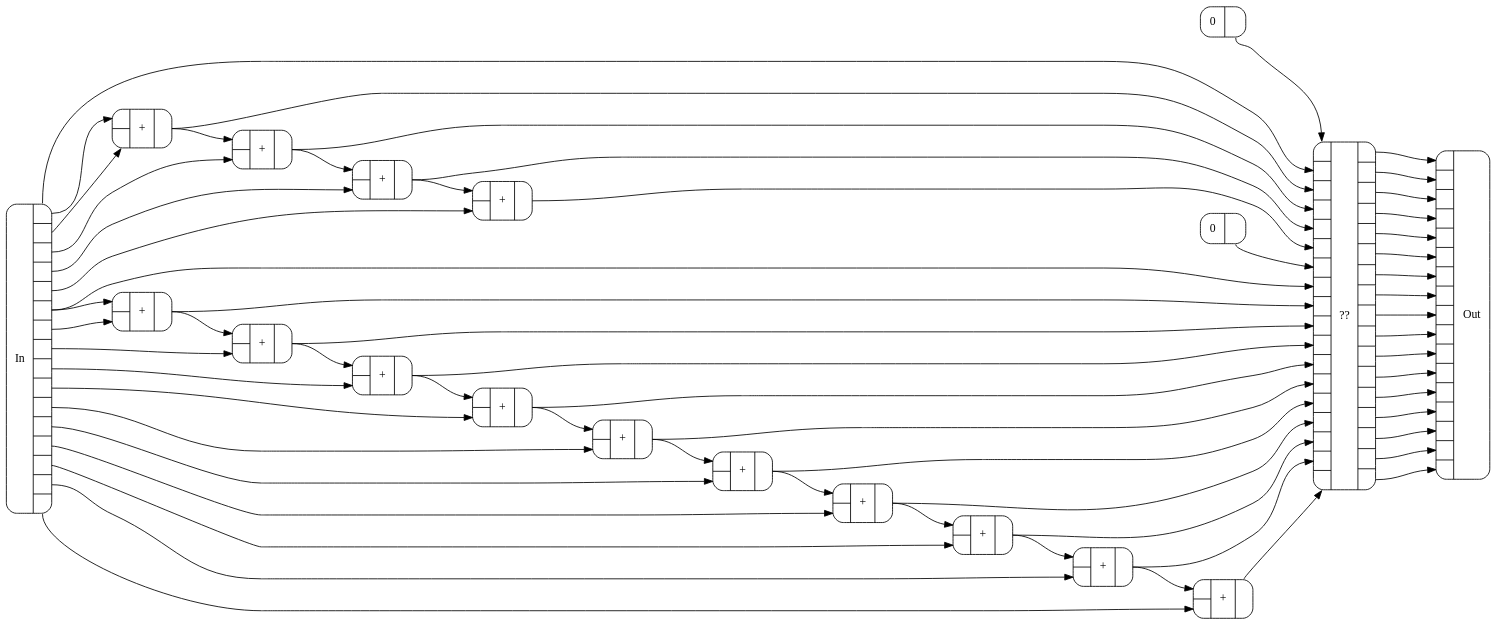
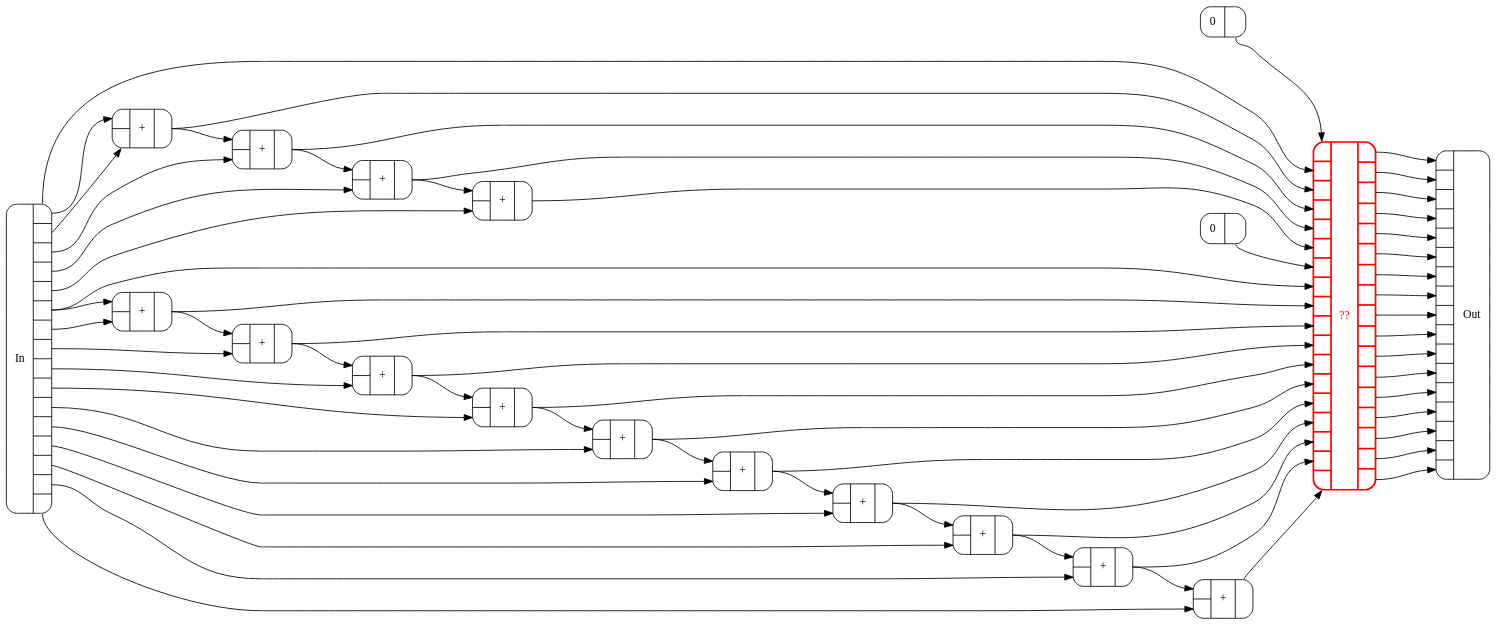
Before and after one commit to conal/talk-2016-generic-parallel-scan: the diagram in Figures/circuits/lsums-lv5-lv11-unknown-no-hash.dot, drawn with Graphviz. The commit also changed 13 other files, not shown here.

```diff
--- a/Figures/circuits/lsums-lv5-lv11-unknown-no-hash.dot
+++ b/Figures/circuits/lsums-lv5-lv11-unknown-no-hash.dot
@@ -1,92 +1,92 @@
 digraph lsums_lv5_lv11_unknown_no_hash {
   margin=0;
   rankdir=LR;
   node [shape=Mrecord];
   bgcolor=transparent;
   nslimit=20;
   ranksep="1.0";
   c0 [label="{{<In0>|<In1>|<In2>|<In3>|<In4>|<In5>|<In6>|<In7>|<In8>|<In9>|<In10>|<In11>|<In12>|<In13>|<In14>|<In15>|<In16>}|Out}"];
-  c1 [label="{{<In0>|<In1>|<In2>|<In3>|<In4>|<In5>|<In6>|<In7>|<In8>|<In9>|<In10>|<In11>|<In12>|<In13>|<In14>|<In15>|<In16>|<In17>}|??|{<Out0>|<Out1>|<Out2>|<Out3>|<Out4>|<Out5>|<Out6>|<Out7>|<Out8>|<Out9>|<Out10>|<Out11>|<Out12>|<Out13>|<Out14>|<Out15>|<Out16>}}"];
+  c1 [label="{{<In0>|<In1>|<In2>|<In3>|<In4>|<In5>|<In6>|<In7>|<In8>|<In9>|<In10>|<In11>|<In12>|<In13>|<In14>|<In15>|<In16>|<In17>}|??|{<Out0>|<Out1>|<Out2>|<Out3>|<Out4>|<Out5>|<Out6>|<Out7>|<Out8>|<Out9>|<Out10>|<Out11>|<Out12>|<Out13>|<Out14>|<Out15>|<Out16>}}",fontcolor=red,color=red,style=bold];
   c3 [label="{{<In0>|<In1>}|+|{<Out0>}}"];
   c4 [label="{{<In0>|<In1>}|+|{<Out0>}}"];
   c5 [label="{{<In0>|<In1>}|+|{<Out0>}}"];
   c6 [label="{{<In0>|<In1>}|+|{<Out0>}}"];
   c7 [label="{{<In0>|<In1>}|+|{<Out0>}}"];
   c8 [label="{{<In0>|<In1>}|+|{<Out0>}}"];
   c9 [label="{{<In0>|<In1>}|+|{<Out0>}}"];
   c10 [label="{{<In0>|<In1>}|+|{<Out0>}}"];
   c11 [label="{{<In0>|<In1>}|+|{<Out0>}}"];
   c12 [label="{{<In0>|<In1>}|+|{<Out0>}}"];
   c13 [label="{0|{<Out0>}}"];
   c29 [label="{{<In0>|<In1>}|+|{<Out0>}}"];
   c30 [label="{{<In0>|<In1>}|+|{<Out0>}}"];
   c31 [label="{{<In0>|<In1>}|+|{<Out0>}}"];
   c32 [label="{{<In0>|<In1>}|+|{<Out0>}}"];
   c33 [label="{0|{<Out0>}}"];
   c42 [label="{In|{<Out0>|<Out1>|<Out2>|<Out3>|<Out4>|<Out5>|<Out6>|<Out7>|<Out8>|<Out9>|<Out10>|<Out11>|<Out12>|<Out13>|<Out14>|<Out15>}}"];
   c1:Out0 -> c0:In0 [];
   c1:Out1 -> c0:In1 [];
   c1:Out2 -> c0:In2 [];
   c1:Out3 -> c0:In3 [];
   c1:Out4 -> c0:In4 [];
   c1:Out5 -> c0:In5 [];
   c1:Out6 -> c0:In6 [];
   c1:Out7 -> c0:In7 [];
   c1:Out8 -> c0:In8 [];
   c1:Out9 -> c0:In9 [];
   c1:Out10 -> c0:In10 [];
   c1:Out11 -> c0:In11 [];
   c1:Out12 -> c0:In12 [];
   c1:Out13 -> c0:In13 [];
   c1:Out14 -> c0:In14 [];
   c1:Out15 -> c0:In15 [];
   c1:Out16 -> c0:In16 [];
   c33:Out0 -> c1:In0 [];
   c42:Out0 -> c1:In1 [];
   c32:Out0 -> c1:In2 [];
   c31:Out0 -> c1:In3 [];
   c30:Out0 -> c1:In4 [];
   c29:Out0 -> c1:In5 [];
   c13:Out0 -> c1:In6 [];
   c42:Out5 -> c1:In7 [];
   c12:Out0 -> c1:In8 [];
   c11:Out0 -> c1:In9 [];
   c10:Out0 -> c1:In10 [];
   c9:Out0 -> c1:In11 [];
   c8:Out0 -> c1:In12 [];
   c7:Out0 -> c1:In13 [];
   c6:Out0 -> c1:In14 [];
   c5:Out0 -> c1:In15 [];
   c4:Out0 -> c1:In16 [];
   c3:Out0 -> c1:In17 [];
   c4:Out0 -> c3:In0 [];
   c42:Out15 -> c3:In1 [];
   c5:Out0 -> c4:In0 [];
   c42:Out14 -> c4:In1 [];
   c6:Out0 -> c5:In0 [];
   c42:Out13 -> c5:In1 [];
   c7:Out0 -> c6:In0 [];
   c42:Out12 -> c6:In1 [];
   c8:Out0 -> c7:In0 [];
   c42:Out11 -> c7:In1 [];
   c9:Out0 -> c8:In0 [];
   c42:Out10 -> c8:In1 [];
   c10:Out0 -> c9:In0 [];
   c42:Out9 -> c9:In1 [];
   c11:Out0 -> c10:In0 [];
   c42:Out8 -> c10:In1 [];
   c12:Out0 -> c11:In0 [];
   c42:Out7 -> c11:In1 [];
   c42:Out5 -> c12:In0 [];
   c42:Out6 -> c12:In1 [];
   c30:Out0 -> c29:In0 [];
   c42:Out4 -> c29:In1 [];
   c31:Out0 -> c30:In0 [];
   c42:Out3 -> c30:In1 [];
   c32:Out0 -> c31:In0 [];
   c42:Out2 -> c31:In1 [];
   c42:Out0 -> c32:In0 [];
   c42:Out1 -> c32:In1 [];
 }
 
 // lsums-lv5-lv11-unknown-no-hash components: 14 +, 2 0, 1 ??, 17 total. Max depth: 11.
```
